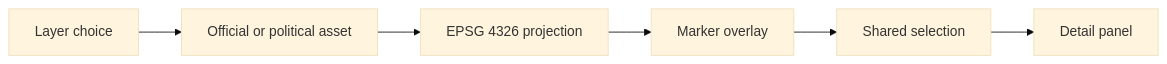
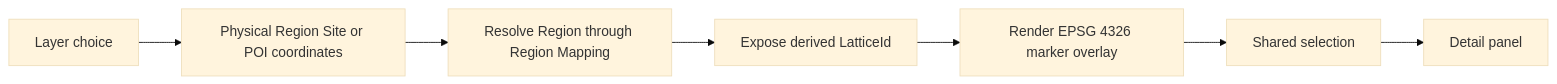
The diagram in docs/architecture/mermaid/process/p20-atlas-two-dimensional-layers.mmd (bkalaf/echoes-of-eidolon), drawn with Mermaid (base theme) before and after one commit. The commit also changed 31 other files, not shown here.

Commit message:
feat: separate atlas region and lattice authority

```diff
--- a/docs/architecture/mermaid/process/p20-atlas-two-dimensional-layers.mmd
+++ b/docs/architecture/mermaid/process/p20-atlas-two-dimensional-layers.mmd
@@ -1,13 +1,15 @@
 %% Atlas two-dimensional layers
 flowchart LR
   Layerchoice0["Layer choice"]
-  Officialorpolitica1["Official or political asset"]
-  EPSG4326projection2["EPSG 4326 projection"]
-  Markeroverlay3["Marker overlay"]
-  Sharedselection4["Shared selection"]
-  Detailpanel5["Detail panel"]
-  Layerchoice0 --> Officialorpolitica1
-  Officialorpolitica1 --> EPSG4326projection2
-  EPSG4326projection2 --> Markeroverlay3
-  Markeroverlay3 --> Sharedselection4
-  Sharedselection4 --> Detailpanel5
+  PhysicalRegionSite1["Physical Region Site or POI coordinates"]
+  ResolveRegionthrou2["Resolve Region through Region Mapping"]
+  ExposederivedLatti3["Expose derived LatticeId"]
+  RenderEPSG4326mark4["Render EPSG 4326 marker overlay"]
+  Sharedselection5["Shared selection"]
+  Detailpanel6["Detail panel"]
+  Layerchoice0 --> PhysicalRegionSite1
+  PhysicalRegionSite1 --> ResolveRegionthrou2
+  ResolveRegionthrou2 --> ExposederivedLatti3
+  ExposederivedLatti3 --> RenderEPSG4326mark4
+  RenderEPSG4326mark4 --> Sharedselection5
+  Sharedselection5 --> Detailpanel6
```
